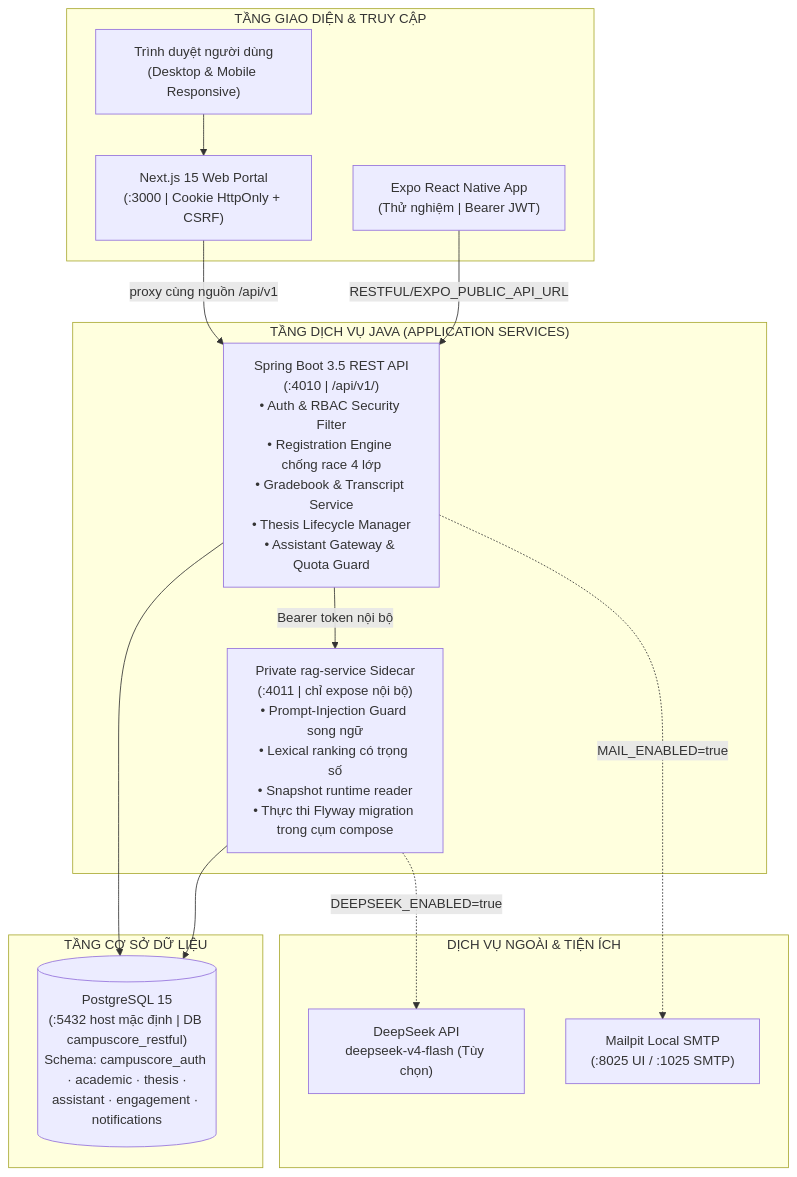
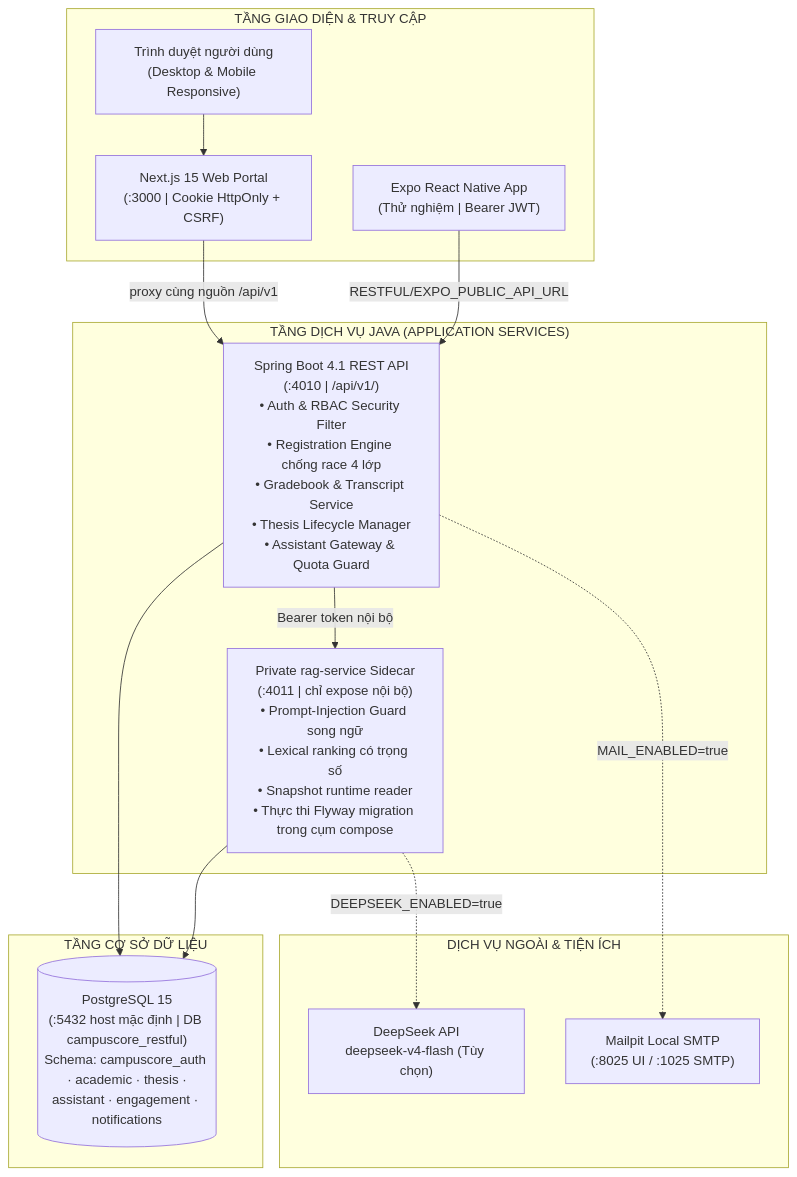
The first of 6 diagrams in README.md (JasonTM17/Student_Management_UTE), drawn with Mermaid before and after one commit. The commit also changed other lines of this file and 128 other files, not shown here.

Commit message:
chore(deps): upgrade backend to Spring Boot 4.1.2

````diff
--- a/README.md
+++ b/README.md
@@ -248,32 +248,32 @@
 ```mermaid
 flowchart TD
     subgraph CLIENTS["TẦNG GIAO DIỆN & TRUY CẬP"]
         Browser["Trình duyệt người dùng\n(Desktop & Mobile Responsive)"]
         Web["Next.js 15 Web Portal\n(:3000 | Cookie HttpOnly + CSRF)"]
         Mobile["Expo React Native App\n(Thử nghiệm | Bearer JWT)"]
     end
 
     subgraph BACKEND["TẦNG DỊCH VỤ JAVA (APPLICATION SERVICES)"]
-        REST["Spring Boot 3.5 REST API\n(:4010 | /api/v1/)\n• Auth & RBAC Security Filter\n• Registration Engine chống race 4 lớp\n• Gradebook & Transcript Service\n• Thesis Lifecycle Manager\n• Assistant Gateway & Quota Guard"]
+        REST["Spring Boot 4.1 REST API\n(:4010 | /api/v1/)\n• Auth & RBAC Security Filter\n• Registration Engine chống race 4 lớp\n• Gradebook & Transcript Service\n• Thesis Lifecycle Manager\n• Assistant Gateway & Quota Guard"]
         RAG["Private rag-service Sidecar\n(:4011 | chỉ expose nội bộ)\n• Prompt-Injection Guard song ngữ\n• Lexical ranking có trọng số\n• Snapshot runtime reader\n• Thực thi Flyway migration trong cụm compose"]
     end
 
     subgraph DATA["TẦNG CƠ SỞ DỮ LIỆU"]
         PG[("PostgreSQL 15\n(:5432 host mặc định | DB campuscore_restful)\nSchema: campuscore_auth · academic · thesis ·\nassistant · engagement · notifications")]
     end
 
     subgraph EXTERNAL["DỊCH VỤ NGOÀI & TIỆN ÍCH"]
         Mailpit["Mailpit Local SMTP\n(:8025 UI / :1025 SMTP)"]
         DeepSeek["DeepSeek API\ndeepseek-v4-flash (Tùy chọn)"]
     end
 
     Browser --> Web
     Web -->|"proxy cùng nguồn /api/v1"| REST
     Mobile -->|"RESTFUL/EXPO_PUBLIC_API_URL"| REST
 
     REST --> PG
     REST -->|"Bearer token nội bộ"| RAG
     RAG --> PG
     RAG -.->|"DEEPSEEK_ENABLED=true"| DeepSeek
     REST -.->|"MAIL_ENABLED=true"| Mailpit
 ```
````
